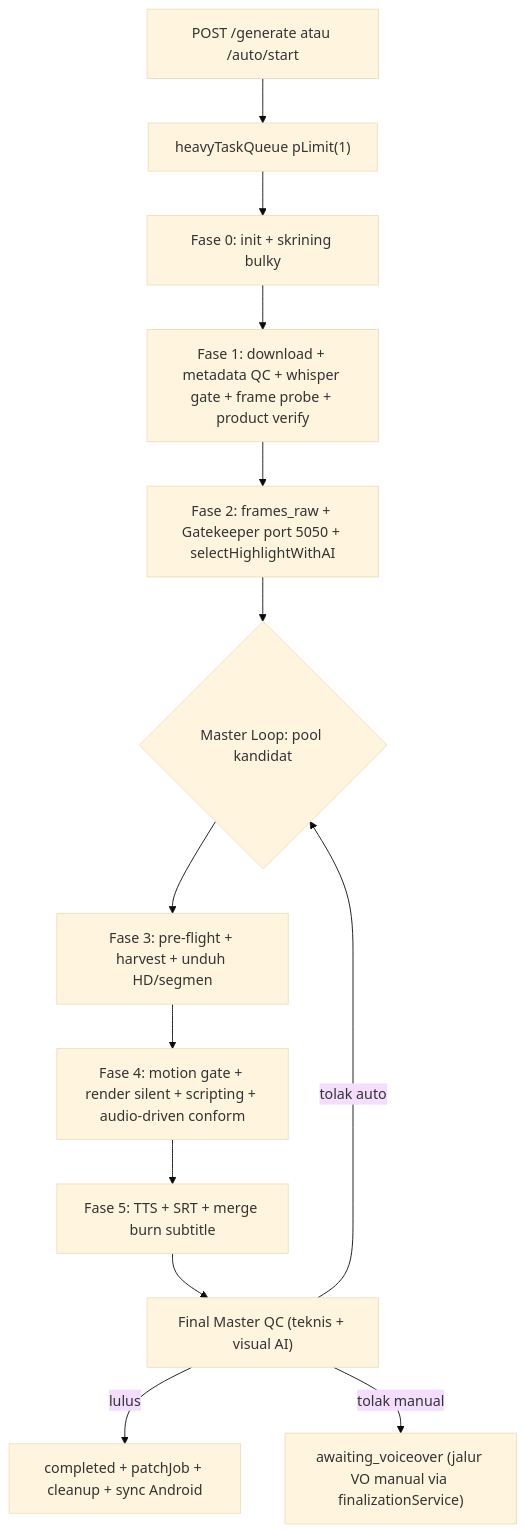
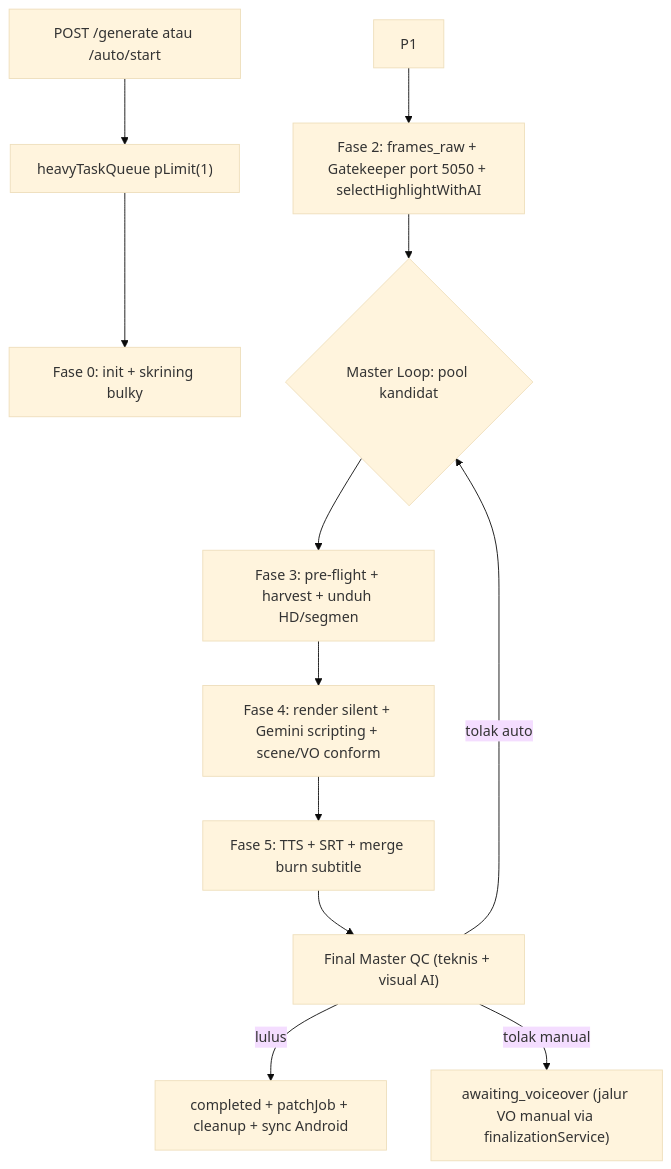
The diagram in BACKEND_WORKFLOW_MAP.md (Zozodoank/clippervps), drawn with Mermaid (base theme) before and after one commit. The commit also changed other lines of this file and 30 other files, not shown here.

````diff
--- a/BACKEND_WORKFLOW_MAP.md
+++ b/BACKEND_WORKFLOW_MAP.md
@@ -112,15 +109,14 @@
 ```mermaid
 flowchart TD
     A["POST /generate atau /auto/start"] --> Q["heavyTaskQueue pLimit(1)"]
     Q --> P0["Fase 0: init + skrining bulky"]
-    P0 --> P1["Fase 1: download + metadata QC + whisper gate + frame probe + product verify"]
     P1 --> P2["Fase 2: frames_raw + Gatekeeper port 5050 + selectHighlightWithAI"]
     P2 --> ML{"Master Loop: pool kandidat"}
     ML --> P3["Fase 3: pre-flight + harvest + unduh HD/segmen"]
-    P3 --> P4["Fase 4: motion gate + render silent + scripting + audio-driven conform"]
+    P3 --> P4["Fase 4: render silent + Gemini scripting + scene/VO conform"]
     P4 --> P5["Fase 5: TTS + SRT + merge burn subtitle"]
     P5 --> QC["Final Master QC (teknis + visual AI)"]
     QC -- lulus --> DONE["completed + patchJob + cleanup + sync Android"]
     QC -- tolak auto --> ML
     QC -- tolak manual --> AW["awaiting_voiceover (jalur VO manual via finalizationService)"]
 ```
````
